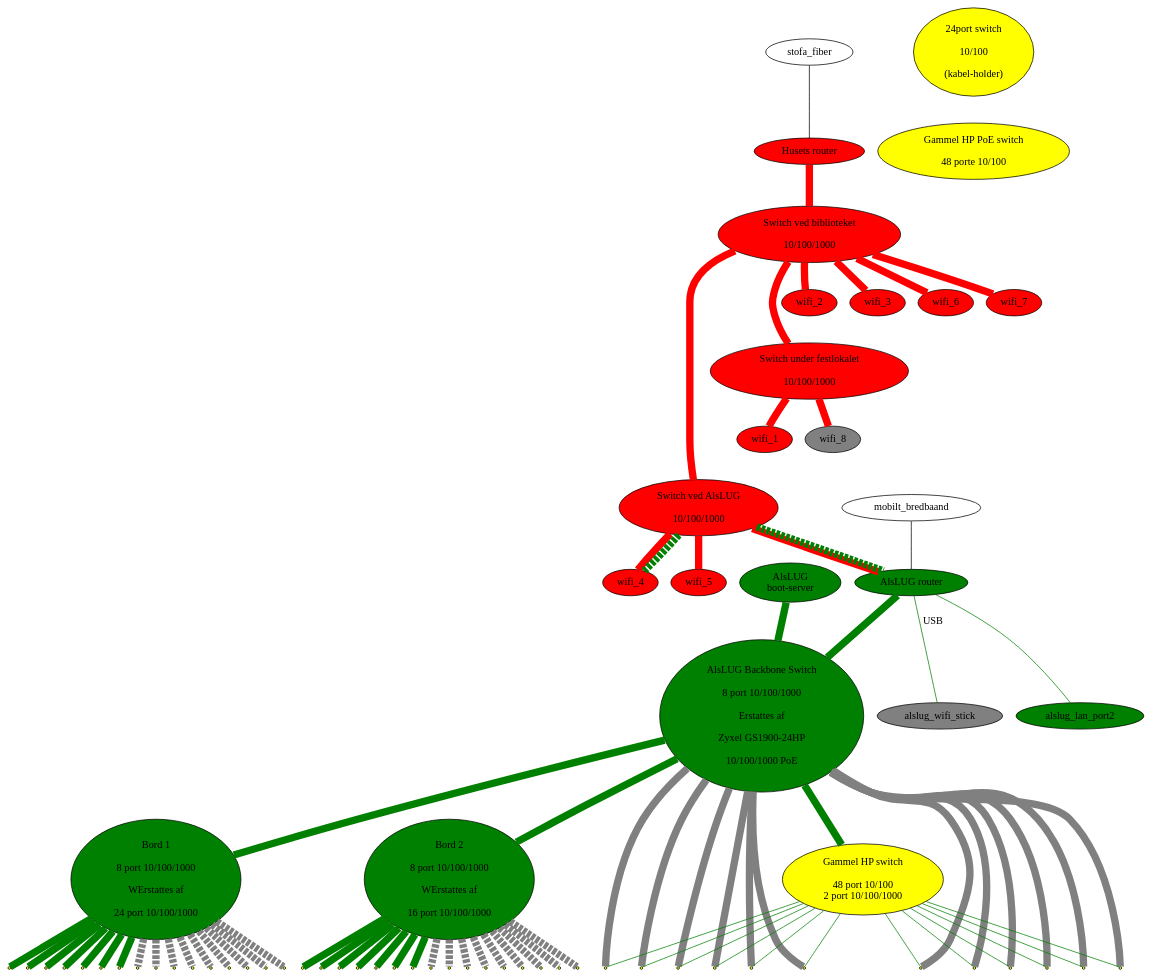
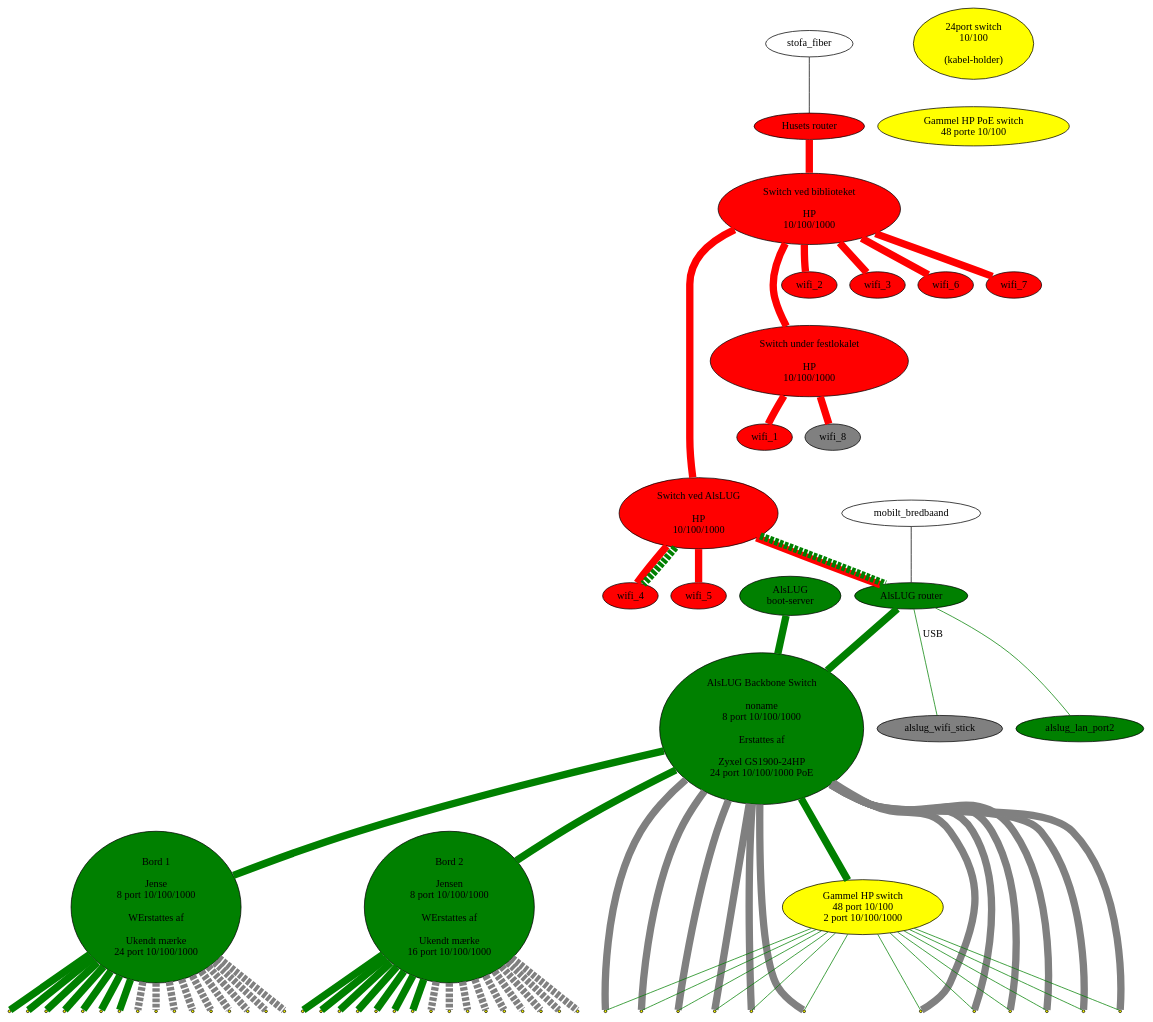
The diagram in projekter/network.dot (alslug/alslug.dk), drawn with Graphviz before and after one commit.

```diff
--- a/projekter/network.dot
+++ b/projekter/network.dot
@@ -1,88 +1,88 @@
 digraph xxx {
 #  link_12a [ shape=point ];
 #  link_12b [ shape=point ];
 #  link_12c [ shape=point ];
   edge [ dir=none penwidth=10 ];
 
   node [ style=filled fillcolor=red ];
   husets_router [ label="Husets router" ];
-  husets_switch_1 [ label="Switch ved biblioteket\n\n 10/100/1000" ];
-  husets_switch_2 [ label="Switch ved AlsLUG\n\n 10/100/1000" ];
-  festlokale_switch [ label="Switch under festlokalet\n\n 10/100/1000" ];
+  husets_switch_1 [ label="Switch ved biblioteket\n\nHP\n10/100/1000" ];
+  husets_switch_2 [ label="Switch ved AlsLUG\n\nHP\n10/100/1000" ];
+  festlokale_switch [ label="Switch under festlokalet\n\nHP\n10/100/1000" ];
   wifi_1 wifi_2 wifi_3 wifi_4 wifi_5 wifi_6 wifi_7;
   wifi_8 [ fillcolor=gray ];
   
   node [ style=filled fillcolor=green ];
   alslug_router [ label="AlsLUG router" ];
   alslug_gl_bootserver [ label="AlsLUG\nboot-server" ];
-  alslug_backbone_switch [ label="AlsLUG Backbone Switch\n\n8 port 10/100/1000\n\n Erstattes af\n\nZyxel GS1900-24HP\n\n10/100/1000 PoE"];
-  bord_1 [ label="Bord 1\n\n8 port 10/100/1000\n\n WErstattes af\n\n24 port 10/100/1000"];
-  bord_2 [ label="Bord 2\n\n8 port 10/100/1000\n\n WErstattes af\n\n16 port 10/100/1000"];
+  alslug_backbone_switch [ label="AlsLUG Backbone Switch\n\nnoname\n8 port 10/100/1000\n\n Erstattes af\n\nZyxel GS1900-24HP\n24 port 10/100/1000 PoE"];
+  bord_1 [ label="Bord 1\n\nJense\n8 port 10/100/1000\n\n WErstattes af\n\nUkendt mærke\n24 port 10/100/1000"];
+  bord_2 [ label="Bord 2\n\nJensen\n8 port 10/100/1000\n\n WErstattes af\n\nUkendt mærke\n16 port 10/100/1000"];
   alslug_wifi_stick alslug_lan_port2;
   
   // Udstyr som pt ikke bruges
   node [ style=filled fillcolor=yellow ];
-  switch_24p      [ label="24port switch\n\n10/100\n\n(kabel-holder)"];
-  switch_48p      [ label="Gammel HP switch\n\n48 port 10/100\n2 port 10/100/1000"];
-  switch_48p_poe  [ label="Gammel HP PoE switch\n\n48 porte 10/100"];
+  switch_24p      [ label="24port switch\n10/100\n\n(kabel-holder)"];
+  switch_48p      [ label="Gammel HP switch\n48 port 10/100\n2 port 10/100/1000"];
+  switch_48p_poe  [ label="Gammel HP PoE switch\n48 porte 10/100"];
   
   switch_24p -> switch_48p_poe [ color=invis ];
   
   
   node [ style=normal ];
   // Internet forbindelser
   stofa_fiber      -> husets_router [ penwidth=1 fillcolor=black style=filled ];
   mobilt_bredbaand -> alslug_router [ penwidth=1 fillcolor=black style=filled ];
   
   // Husets forbindelser
   edge  [ color=red style=solid ];
   husets_router -> husets_switch_1 -> { wifi_2 wifi_3 wifi_6 wifi_7 };
   husets_switch_1 -> husets_switch_2 -> { wifi_4 wifi_5 alslug_router};
   husets_switch_1 -> festlokale_switch -> { wifi_1 wifi_8 };
 
   // VLAN forbindelser over bakkensbros netværk
   edge  [ color=green style=dashed ];
   husets_switch_2 -> { alslug_router wifi_4 };
 
   alslug_wifi_stick [ fillcolor=gray style=filled ];
 
   // Interne forbindelser
   edge [ color=green style=solid ];
   node [ shape=point ];
   {alslug_router alslug_gl_bootserver} -> alslug_backbone_switch -> { bord_1 bord_2 
                   switch_48p
                   }
    alslug_backbone_switch -> {
                   vindue_left_12  vindue_left_11  vindue_left_10  vindue_left_9
                   vindue_center_8 vindue_center_7 vindue_center_6 vindue_center_5
                   vindue_right_4  vindue_right_3  vindue_right_2  vindue_right_1
                   } [ color=gray ];
    switch_48p -> {
                   vindue_left_12  vindue_left_11  vindue_left_10  vindue_left_9
                   vindue_center_8 vindue_center_7 vindue_center_6 vindue_center_5
                   vindue_right_4  vindue_right_3  vindue_right_2  vindue_right_1
                   } [ color=green penwidth=1]
  
   alslug_router -> alslug_wifi_stick [ penwidth=1 label="USB" ];
   alslug_router -> alslug_lan_port2 [ penwidth=1 ];
   
   bord_1 -> {
                   bord_1_1 bord_1_2 bord_1_3 bord_1_4
                   bord_1_5 bord_1_6 bord_1_7
                 };
   bord_1 -> {
                   bord_1_8 bord_1_9 bord_1_10 bord_1_11
                   bord_1_12 bord_1_13 bord_1_14 bord_1_15 bord_1_16
                 } [ style=dashed color=gray ];
   bord_2 -> {
                   bord_2_1 bord_2_2 bord_2_3 bord_2_4
                   bord_2_5 bord_2_6 bord_2_7
                 };
   bord_2 -> {
                   bord_2_8 bord_2_9 bord_2_10 bord_2_11
                   bord_2_12 bord_2_13 bord_2_14 bord_2_15 bord_2_16
                 } [ style=dashed color=gray ];
                 
   edge [ color=invis ];
   husets_switch_1 -> wifi_2 -> festlokale_switch -> wifi_1 -> husets_switch_2;
 }
```
